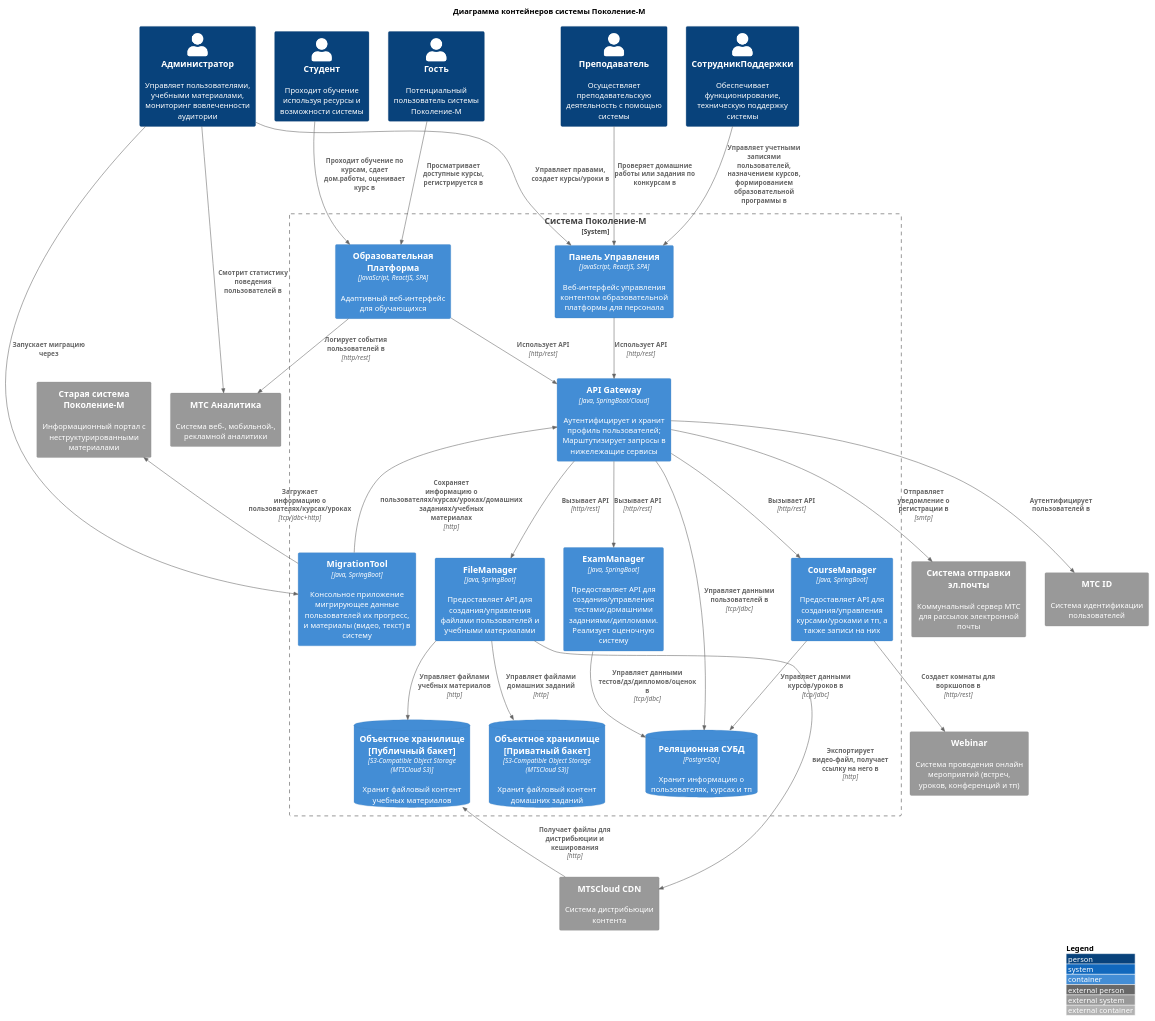
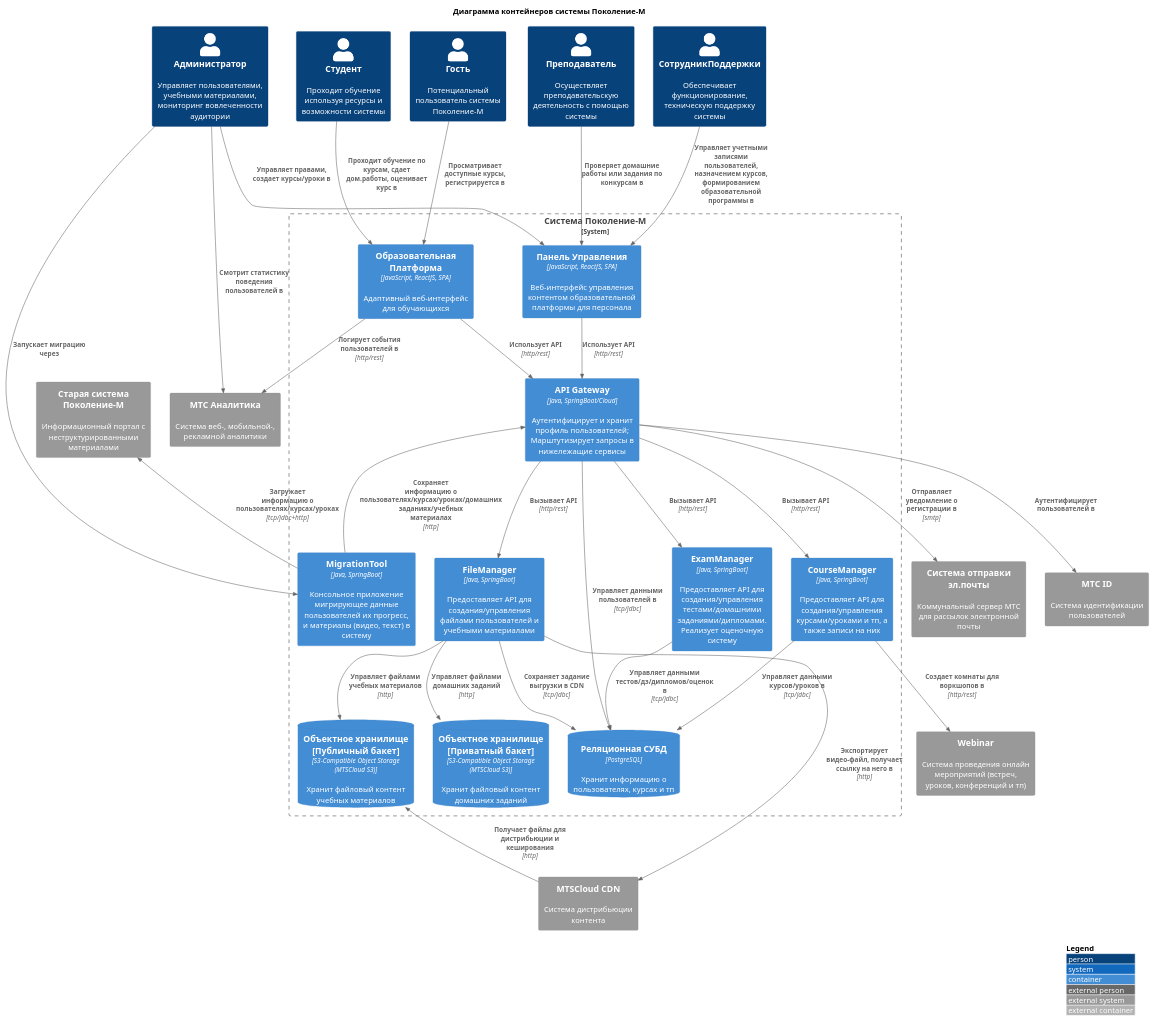
One commit to karpoftea/mts-kata-2023 changed the diagram in docs/c4/containers.md. Above: the diagram before and after it, drawn with PlantUML. The commit also changed 4 other files, not shown here.

````diff
--- a/docs/c4/containers.md
+++ b/docs/c4/containers.md
@@ -7,71 +7,72 @@
 ```plantuml
 @startuml
 !include https://raw.githubusercontent.com/plantuml-stdlib/C4-PlantUML/master/C4_Container.puml
 
 LAYOUT_WITH_LEGEND()
 
 title Диаграмма контейнеров системы Поколение-М
 
 Person(guest, "Гость", "Потенциальный пользователь системы Поколение-М")
 Person(student, "Студент", "Проходит обучение используя ресурсы и возможности системы")
 Person(teacher, "Преподаватель", "Осуществляет преподавательскую деятельность с помощью системы")
 Person(support, "СотрудникПоддержки", "Обеспечивает функционирование, техническую поддержку системы")
 Person(admin, "Администратор", "Управляет пользователями, учебными материалами, мониторинг вовлеченности аудитории")
 
 System_Boundary(sys, "Система Поколение-М") {
     Container(userwebapp, "Образовательная Платформа", "JavaScript, ReactJS, SPA", "Адаптивный веб-интерфейс для обучающихся")
     Container(adminwebapp, "Панель Управления", "JavaScript, ReactJS, SPA", "Веб-интерфейс управления контентом образовательной платформы для персонала")
     Container(gw, "API Gateway", "Java, SpringBoot/Cloud", "Аутентифицирует и хранит профиль пользователей; Марштутизирует запросы в нижележащие сервисы")
     Container(cm, "CourseManager", "Java, SpringBoot", "Предоставляет API для создания/управления курсами/уроками и тп, а также записи на них")
     Container(fm, "FileManager", "Java, SpringBoot", "Предоставляет API для создания/управления файлами пользователей и учебными материалами")
     Container(em, "ExamManager", "Java, SpringBoot", "Предоставляет API для создания/управления тестами/домашними заданиями/дипломами. Реализует оценочную систему")
     Container(mt, "MigrationTool", "Java, SpringBoot", "Консольное приложение мигрирующее данные пользователей их прогресс, и материалы (видео, текст) в систему")
     ContainerDb(dbms, "Реляционная СУБД", "PostgreSQL", "Хранит информацию о пользователях, курсах и тп")
     ContainerDb(s3private, "Объектное хранилище [Приватный бакет]", "S3-Compatible Object Storage (MTSCloud S3)", "Хранит файловый контент домашних заданий")
     ContainerDb(s3public, "Объектное хранилище [Публичный бакет]", "S3-Compatible Object Storage (MTSCloud S3)", "Хранит файловый контент учебных материалов")
 }
 
 System_Ext(mtsa, "МТС Аналитика", "Система веб-, мобильной-, рекламной аналитики")
 System_Ext(emailsys, "Система отправки эл.почты", "Коммунальный сервер МТС для рассылок электронной почты")
 System_Ext(mtsid, "МТС ID", "Система идентификации пользователей")
 System_Ext(mtscloudcdn, "MTSCloud CDN", "Система дистрибьюции контента")
 System_Ext(legacy, "Старая система Поколение-М", "Информационный портал с неструктурированными материалами")
 System_Ext(webinar, "Webinar", "Система проведения онлайн мероприятий (встреч, уроков, конференций и тп)")
 
 Rel(admin, adminwebapp, "Управляет правами, создает курсы/уроки в")
 Rel(admin, mtsa, "Смотрит статистику поведения пользователей в")
 Rel(admin, mt, "Запускает миграцию через")
 
 Rel(guest, userwebapp, "Просматривает доступные курсы, регистрируется в")
 Rel(student, userwebapp, "Проходит обучение по курсам, сдает дом.работы, оценивает курс в")
 Rel(teacher, adminwebapp, "Проверяет домашние работы или задания по конкурсам в")
 Rel(support, adminwebapp, "Управляет учетными записями пользователей, назначением курсов, формированием образовательной программы в")
 
 Rel(userwebapp, gw, "Использует API", "http/rest")
 Rel(userwebapp, mtsa, "Логирует события пользователей в", "http/rest")
 
 Rel(adminwebapp, gw, "Использует API", "http/rest")
 
 Rel(gw, dbms, "Управляет данными пользователей в", "tcp/jdbc")
 Rel(gw, emailsys, "Отправляет уведомление о регистрации в", "smtp")
 Rel(gw, mtsid, "Аутентифицирует пользователей в")
 Rel(gw, cm, "Вызывает API", "http/rest")
 Rel(gw, fm, "Вызывает API", "http/rest")
 Rel(gw, em, "Вызывает API", "http/rest")
 
 Rel(cm, dbms, "Управляет данными курсов/уроков в", "tcp/jdbc")
 Rel(cm, webinar, "Создает комнаты для воркшопов в", "http/rest")
 
 Rel(em, dbms, "Управляет данными тестов/дз/дипломов/оценок в", "tcp/jdbc")
 
 Rel_U(mt, legacy, "Загружает информацию о пользователях/курсах/уроках", "tcp/jdbc+http")
 Rel_U(mt, gw, "Сохраняет информацию о пользователях/курсах/уроках/домашних заданиях/учебных материалах", "http")
 
+Rel(fm, dbms, "Сохраняет задание выгрузки в CDN", "tcp/jdbc")
 Rel(fm, s3private, "Управляет файлами домашних заданий", "http")
 Rel(fm, s3public, "Управляет файлами учебных материалов", "http")
 Rel(fm, mtscloudcdn, "Экспортирует видео-файл, получает ссылку на него в", "http")
 
 Rel_U(mtscloudcdn, s3public, "Получает файлы для дистрибьюции и кеширования", "http")
 
 @enduml
 ```
````
